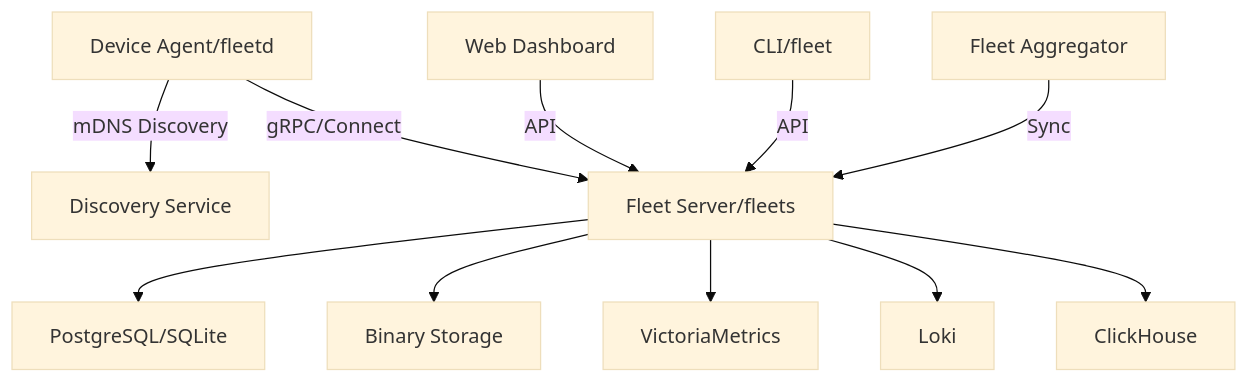
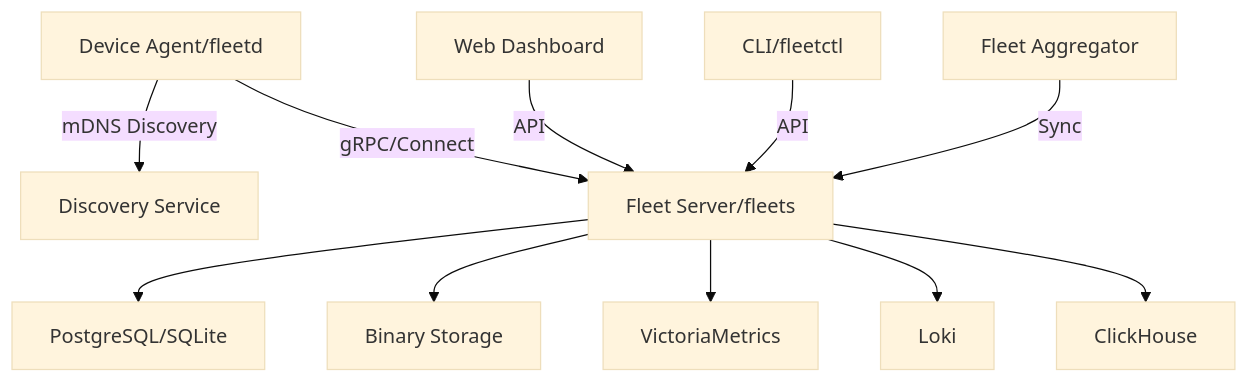
The diagram in README.md (fleetd-sh/fleetd), drawn with Mermaid (base theme) before and after one commit. The commit also changed other lines of this file and 43 other files, not shown here.

Commit message:
root: rename fleet CLI to fleetctl and remove docker-compose

````diff
--- a/README.md
+++ b/README.md
@@ -12,13 +12,13 @@
 ```mermaid
 graph TD
     A[Device Agent/fleetd] -->|mDNS Discovery| B[Discovery Service]
     A -->|gRPC/Connect| C[Fleet Server/fleets]
     C --> D[PostgreSQL/SQLite]
     C --> E[Binary Storage]
     C --> F[VictoriaMetrics]
     C --> G[Loki]
     C --> H[ClickHouse]
     I[Web Dashboard] -->|API| C
-    J[CLI/fleet] -->|API| C
+    J[CLI/fleetctl] -->|API| C
     K[Fleet Aggregator] -->|Sync| C
 ```
````
